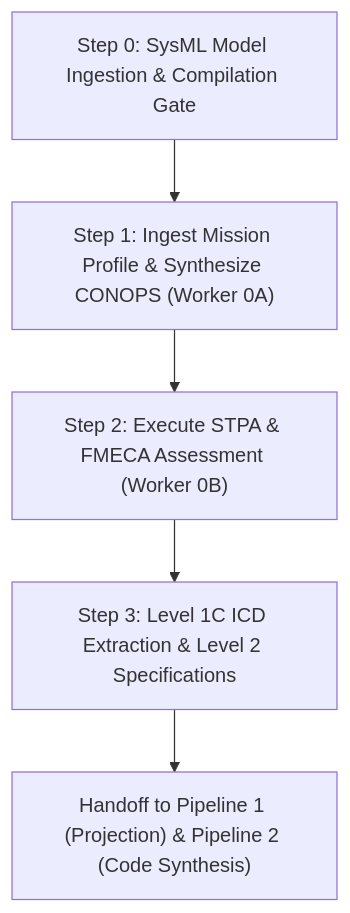
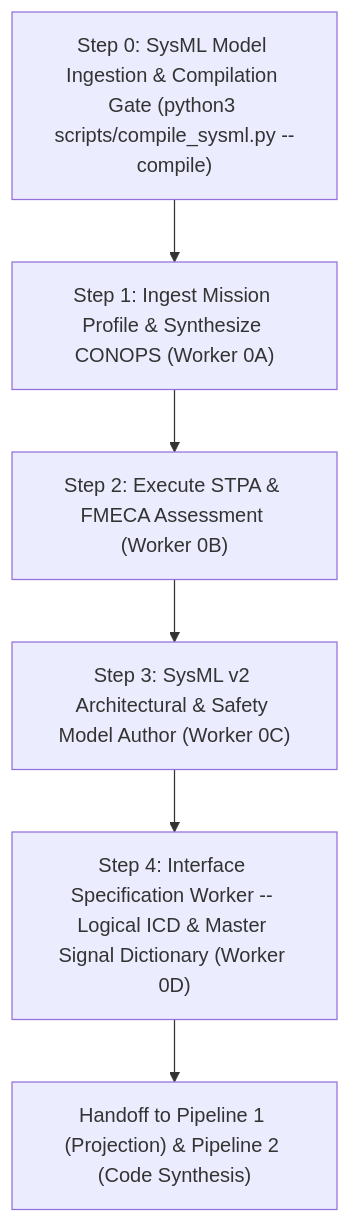
Before and after one commit to gintatkinson/DEAP01-spec-core: the second of 2 diagrams in README.md, drawn with Mermaid. The commit also changed other lines of this file and 4 other files, not shown here.

````diff
--- a/README.md
+++ b/README.md
@@ -552,7 +553,8 @@
 ```mermaid
 flowchart TD
-    Step0["Step 0: SysML Model Ingestion & Compilation Gate"] --> Step1["Step 1: Ingest Mission Profile & Synthesize CONOPS (Worker 0A)"]
+    Step0["Step 0: SysML Model Ingestion & Compilation Gate (python3 scripts/compile_sysml.py --compile)"] --> Step1["Step 1: Ingest Mission Profile & Synthesize CONOPS (Worker 0A)"]
     Step1 --> Step2["Step 2: Execute STPA & FMECA Assessment (Worker 0B)"]
-    Step2 --> Step3["Step 3: Level 1C ICD Extraction & Level 2 Specifications"]
-    Step3 --> Downstream["Handoff to Pipeline 1 (Projection) & Pipeline 2 (Code Synthesis)"]
+    Step2 --> Step3["Step 3: SysML v2 Architectural & Safety Model Author (Worker 0C)"]
+    Step3 --> Step4["Step 4: Interface Specification Worker -- Logical ICD & Master Signal Dictionary (Worker 0D)"]
+    Step4 --> Downstream["Handoff to Pipeline 1 (Projection) & Pipeline 2 (Code Synthesis)"]
 ```
````
